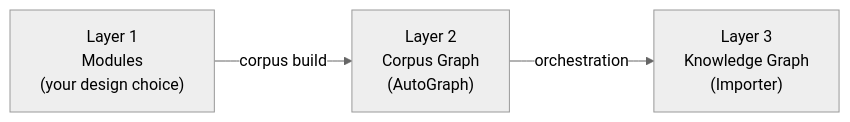
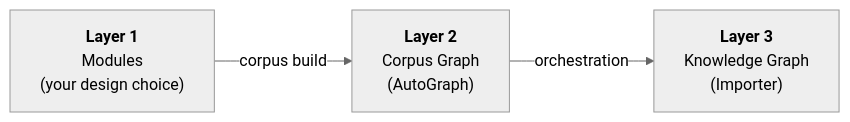
The diagram in site/content/agentic-ai-suite/autograph/design-guide.md (arangodb/docs-hugo), drawn with Mermaid (neutral theme) before and after one commit. The commit also changed 4 other files, not shown here.

First line of the commit message:
Nicer Mermaid diagrams

````diff
--- a/site/content/agentic-ai-suite/autograph/design-guide.md
+++ b/site/content/agentic-ai-suite/autograph/design-guide.md
@@ -48,7 +48,13 @@
 ```mermaid
 flowchart LR
-  L1["Layer 1\nModules\n(your design choice)"]
-  L2["Layer 2\nCorpus Graph\n(AutoGraph)"]
-  L3["Layer 3\nKnowledge Graph\n(Importer)"]
+  L1["`**Layer 1**
+    Modules
+    (your design choice)`"]      
+  L2["`**Layer 2**
+    Corpus Graph
+    (AutoGraph)`"]      
+  L3["`**Layer 3**
+    Knowledge Graph
+    (Importer)`"]      
   L1 -->|corpus build| L2 -->|orchestration| L3
 ```
````
